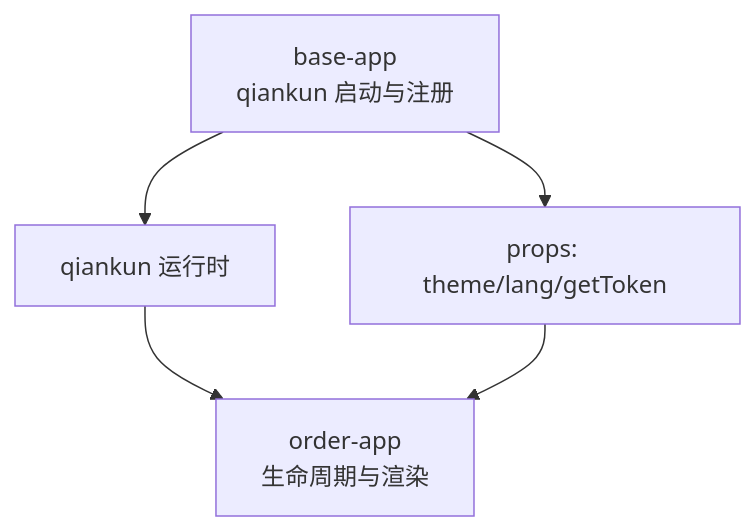
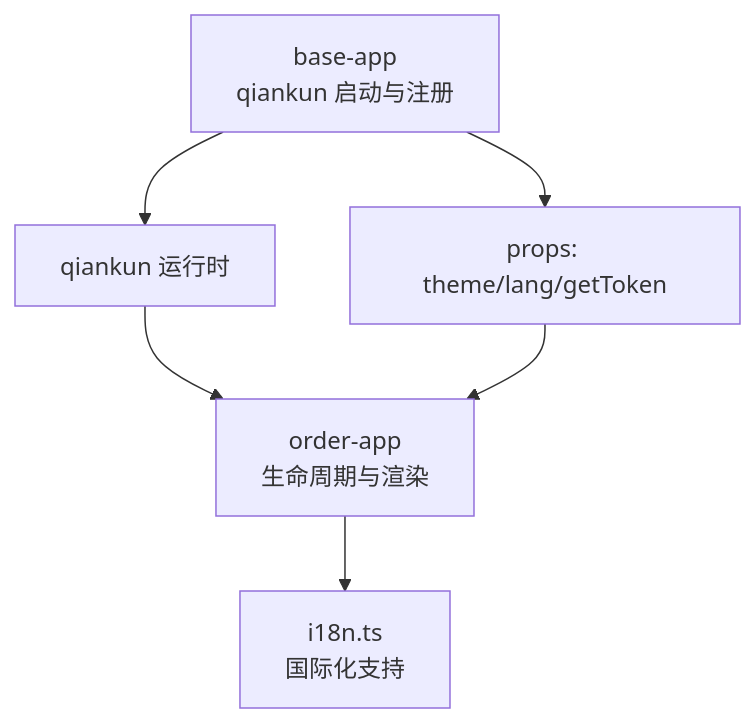
Before and after one commit to haohailiang/qoder-fullstack: the eighth of 8 diagrams in .qoder/repowiki/zh/content/前端架构设计/订单子应用(order-app).md, drawn with Mermaid. The commit also changed other lines of this file and 44 other files, not shown here.

````diff
--- a/.qoder/repowiki/zh/content/前端架构设计/订单子应用(order-app).md
+++ b/.qoder/repowiki/zh/content/前端架构设计/订单子应用(order-app).md
@@ -323,7 +375,8 @@
 ```mermaid
 graph TB
 Base["base-app<br/>qiankun 启动与注册"] --> QK["qiankun 运行时"]
 QK --> Order["order-app<br/>生命周期与渲染"]
 Base --> Props["props: theme/lang/getToken"]
 Props --> Order
+Order --> I18n["i18n.ts<br/>国际化支持"]
 ```
````
